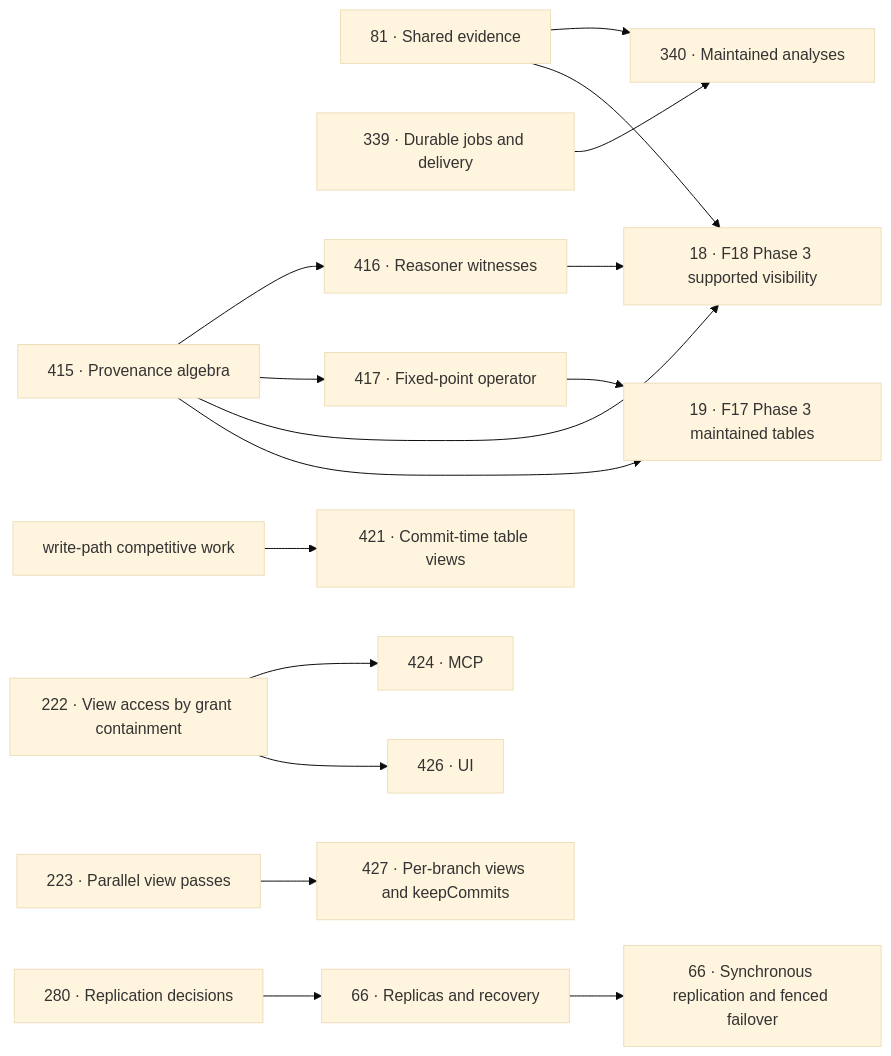
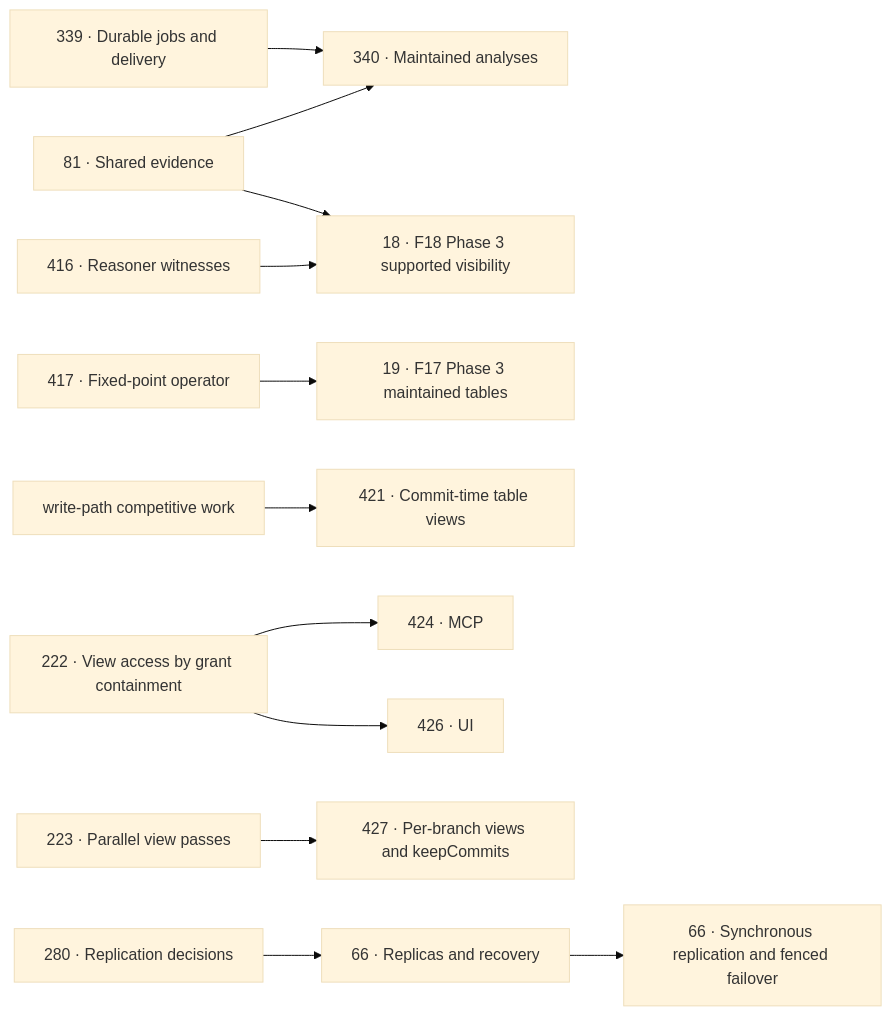
One commit to kclejeune/sparkles changed the second of 2 diagrams in docs/ROADMAP.md. Above: the diagram before and after it, drawn with Mermaid (base theme). The commit also changed other lines of this file and 5 other files, not shown here.

````diff
--- a/docs/ROADMAP.md
+++ b/docs/ROADMAP.md
@@ -287,18 +287,14 @@
 ```mermaid
 flowchart LR
     E["81 · Shared evidence"] --> A["340 · Maintained analyses"]
     J["339 · Durable jobs and delivery"] --> A
-    L2["415 · Provenance algebra"] --> L3["416 · Reasoner witnesses"]
-    L2 --> L4["417 · Fixed-point operator"]
-    L2 --> V["18 · F18 Phase 3 supported visibility"]
-    L3 --> V
+    L3["416 · Reasoner witnesses"] --> V["18 · F18 Phase 3 supported visibility"]
     E --> V
-    L2 --> T["19 · F17 Phase 3 maintained tables"]
-    L4 --> T
+    L4["417 · Fixed-point operator"] --> T["19 · F17 Phase 3 maintained tables"]
     W["write-path competitive work"] --> L8["421 · Commit-time table views"]
     P222["222 · View access by grant containment"] --> L11["424 · MCP"]
     P222 --> L13["426 · UI"]
     P223["223 · Parallel view passes"] --> L14["427 · Per-branch views and keepCommits"]
     B["280 · Replication decisions"] --> D["66 · Replicas and recovery"]
     D --> S["66 · Synchronous replication and fenced failover"]
 ```
````
